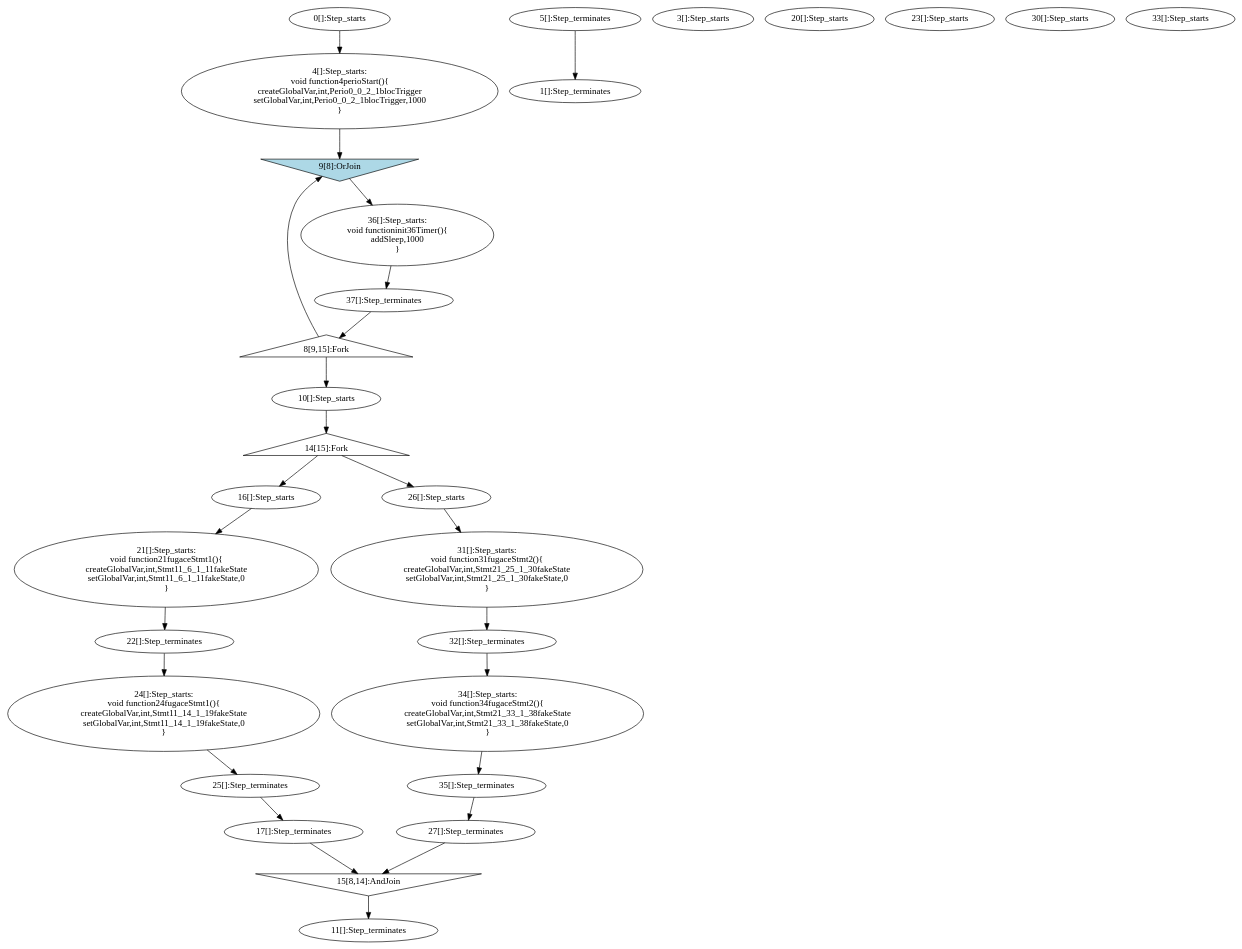
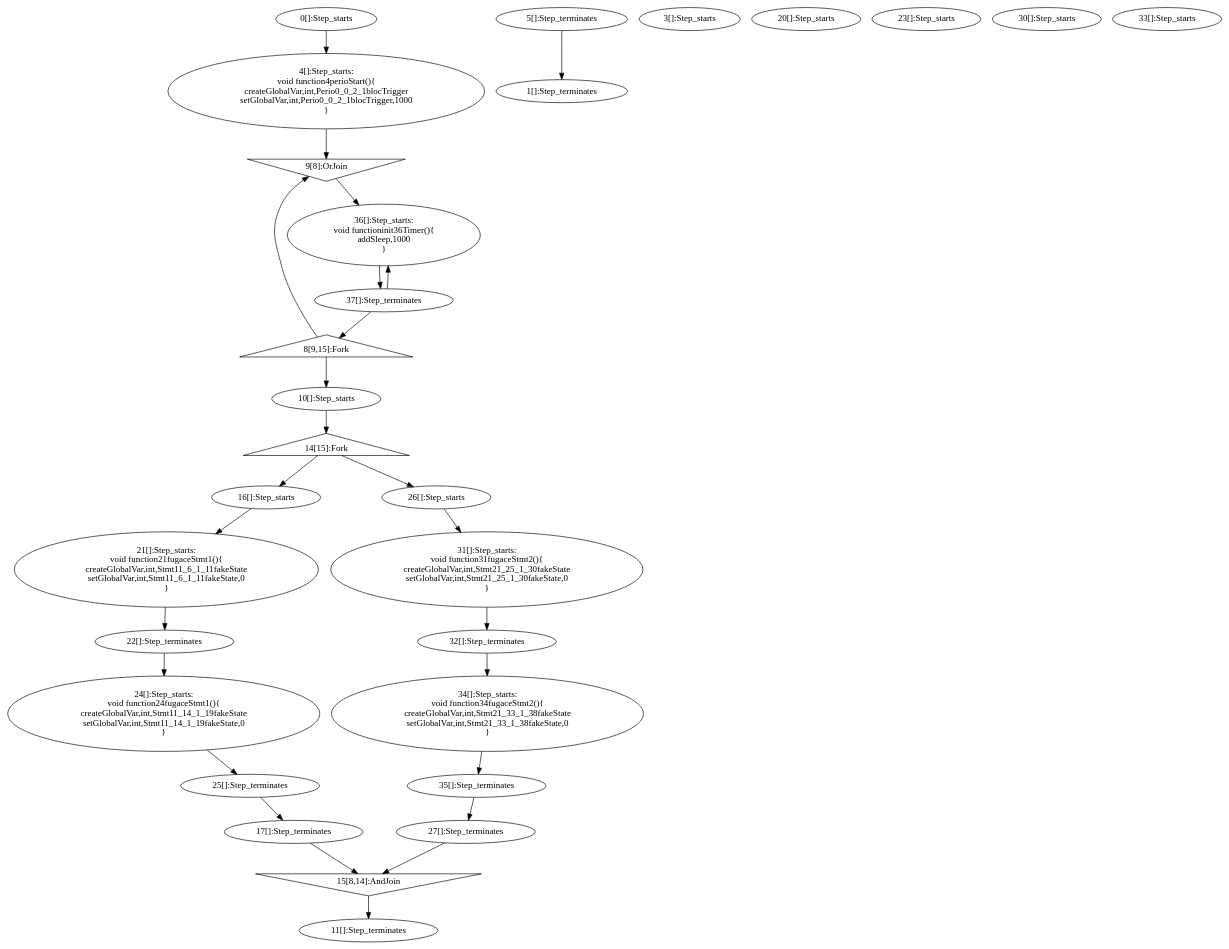
One commit to jdeantoni/TCOS.lang changed the diagram in examples/programs/generated/sleExample.dot. Above: the diagram before and after it, drawn with Graphviz. The commit also changed 48 other files, not shown here.

```diff
--- a/examples/programs/generated/sleExample.dot
+++ b/examples/programs/generated/sleExample.dot
@@ -1,78 +1,79 @@
 digraph G {
   "0" [label="0[]:Step_starts" shape="ellipse" ];
   "1" [label="1[]:Step_terminates" shape="ellipse" ];
   "3" [label="3[]:Step_starts" shape="ellipse" ];
   "4" [label="4[]:Step_starts:
 void function4perioStart(){
 createGlobalVar,int,Perio0_0_2_1blocTrigger
 setGlobalVar,int,Perio0_0_2_1blocTrigger,1000
 }" shape="ellipse" ];
   "5" [label="5[]:Step_terminates" shape="ellipse" ];
   "8" [label="8[9,15]:Fork" shape="triangle" ];
-  "9" [label="9[8]:OrJoin" shape="invtriangle" style="filled" fillcolor="lightblue"];
+  "9" [label="9[8]:OrJoin" shape="invtriangle" ];
   "36" [label="36[]:Step_starts:
 void functioninit36Timer(){
 addSleep,1000
 }" shape="ellipse" ];
   "37" [label="37[]:Step_terminates" shape="ellipse" ];
   "10" [label="10[]:Step_starts" shape="ellipse" ];
   "11" [label="11[]:Step_terminates" shape="ellipse" ];
   "14" [label="14[15]:Fork" shape="triangle" ];
   "15" [label="15[8,14]:AndJoin" shape="invtriangle" ];
   "16" [label="16[]:Step_starts" shape="ellipse" ];
   "17" [label="17[]:Step_terminates" shape="ellipse" ];
   "26" [label="26[]:Step_starts" shape="ellipse" ];
   "27" [label="27[]:Step_terminates" shape="ellipse" ];
   "20" [label="20[]:Step_starts" shape="ellipse" ];
   "21" [label="21[]:Step_starts:
 void function21fugaceStmt1(){
 createGlobalVar,int,Stmt11_6_1_11fakeState
 setGlobalVar,int,Stmt11_6_1_11fakeState,0
 }" shape="ellipse" ];
   "22" [label="22[]:Step_terminates" shape="ellipse" ];
   "23" [label="23[]:Step_starts" shape="ellipse" ];
   "24" [label="24[]:Step_starts:
 void function24fugaceStmt1(){
 createGlobalVar,int,Stmt11_14_1_19fakeState
 setGlobalVar,int,Stmt11_14_1_19fakeState,0
 }" shape="ellipse" ];
   "25" [label="25[]:Step_terminates" shape="ellipse" ];
   "30" [label="30[]:Step_starts" shape="ellipse" ];
   "31" [label="31[]:Step_starts:
 void function31fugaceStmt2(){
 createGlobalVar,int,Stmt21_25_1_30fakeState
 setGlobalVar,int,Stmt21_25_1_30fakeState,0
 }" shape="ellipse" ];
   "32" [label="32[]:Step_terminates" shape="ellipse" ];
   "33" [label="33[]:Step_starts" shape="ellipse" ];
   "34" [label="34[]:Step_starts:
 void function34fugaceStmt2(){
 createGlobalVar,int,Stmt21_33_1_38fakeState
 setGlobalVar,int,Stmt21_33_1_38fakeState,0
 }" shape="ellipse" ];
   "35" [label="35[]:Step_terminates" shape="ellipse" ];
   "0" -> "4" [label=""];
   "5" -> "1" [label=""];
   "4" -> "9" [label=""];
   "37" -> "8" [label=""];
   "8" -> "10" [label=""];
   "8" -> "9" [label=""];
   "9" -> "36" [label=""];
   "36" -> "37" [label=""];
+  "37" -> "36" [label=""];
   "10" -> "14" [label=""];
   "14" -> "16" [label=""];
   "14" -> "26" [label=""];
   "17" -> "15" [label=""];
   "27" -> "15" [label=""];
   "15" -> "11" [label=""];
   "16" -> "21" [label=""];
   "22" -> "24" [label=""];
   "25" -> "17" [label=""];
   "26" -> "31" [label=""];
   "32" -> "34" [label=""];
   "35" -> "27" [label=""];
   "21" -> "22" [label=""];
   "24" -> "25" [label=""];
   "31" -> "32" [label=""];
   "34" -> "35" [label=""];
 }
```
